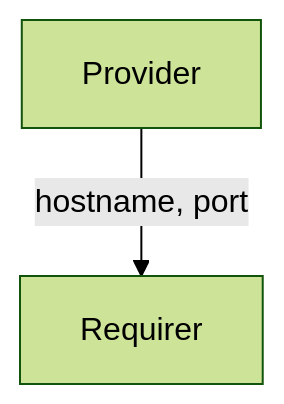
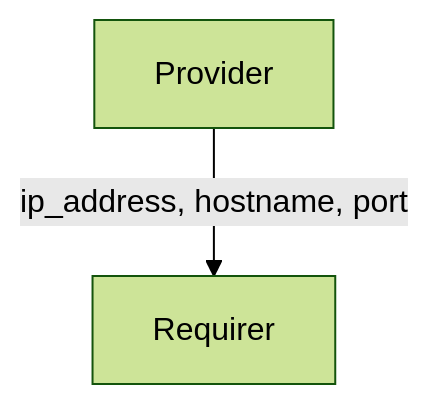
Before and after one commit to canonical/charm-relation-interfaces: the diagram in interfaces/fiveg_n2/v0/README.md, drawn with Mermaid (forest theme). The commit also changed other lines of this file and 2 other files, not shown here.

Commit message:
Adds the ip address of the amf to the interface

````diff
--- a/interfaces/fiveg_n2/v0/README.md
+++ b/interfaces/fiveg_n2/v0/README.md
@@ -11,4 +11,4 @@
 ```mermaid
 flowchart TD
-    Provider -- hostname, port --> Requirer
+    Provider -- ip_address, hostname, port --> Requirer
 ```
````
